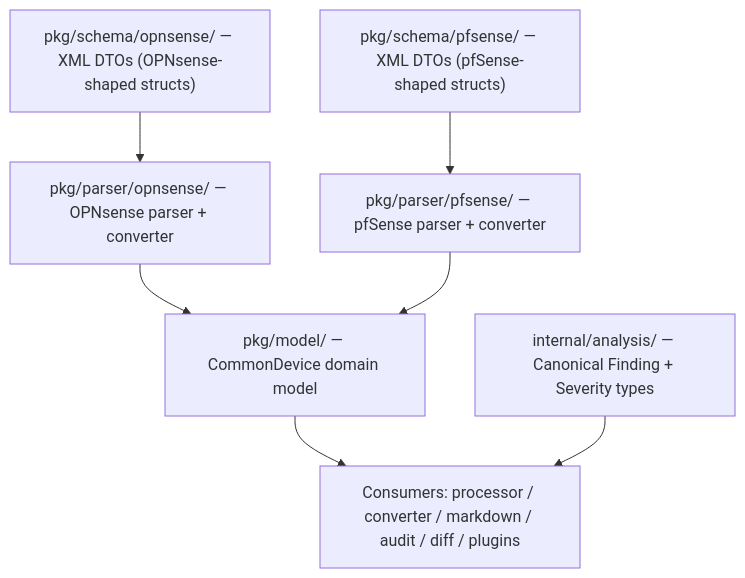
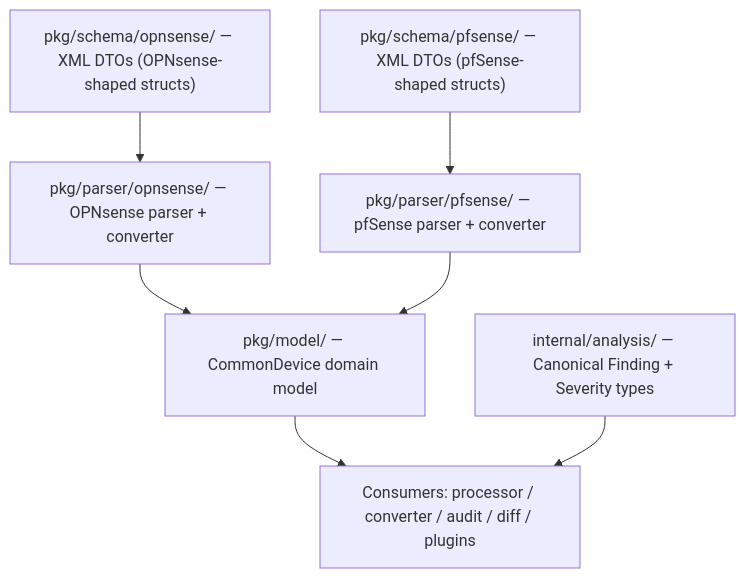
Before and after one commit to EvilBit-Labs/opnDossier: the second of 11 diagrams in docs/development/architecture.md, drawn with Mermaid. The commit also changed other lines of this file and 1 other file, not shown here.

````diff
--- a/docs/development/architecture.md
+++ b/docs/development/architecture.md
@@ -384,17 +384,17 @@
 ```mermaid
 graph TD
     A["pkg/schema/opnsense/ — XML DTOs (OPNsense-shaped structs)"]
     B["pkg/parser/opnsense/ — OPNsense parser + converter"]
     C["pkg/schema/pfsense/ — XML DTOs (pfSense-shaped structs)"]
     D["pkg/parser/pfsense/ — pfSense parser + converter"]
     E["pkg/model/ — CommonDevice domain model"]
     F["internal/analysis/ — Canonical Finding + Severity types"]
-    G["Consumers: processor / converter / markdown / audit / diff / plugins"]
+    G["Consumers: processor / converter / audit / diff / plugins"]
 
     A --> B
     C --> D
     B --> E
     D --> E
     E --> G
     F --> G
 ```
````
